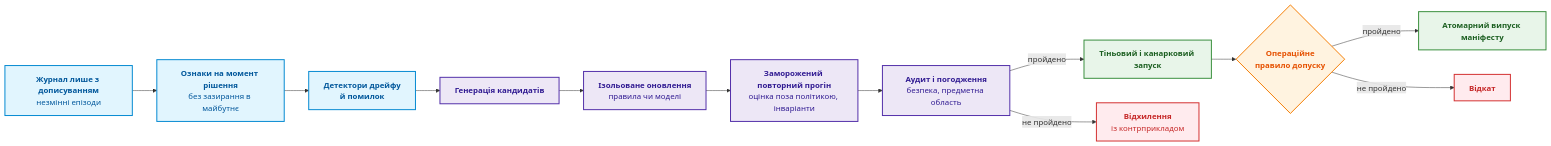
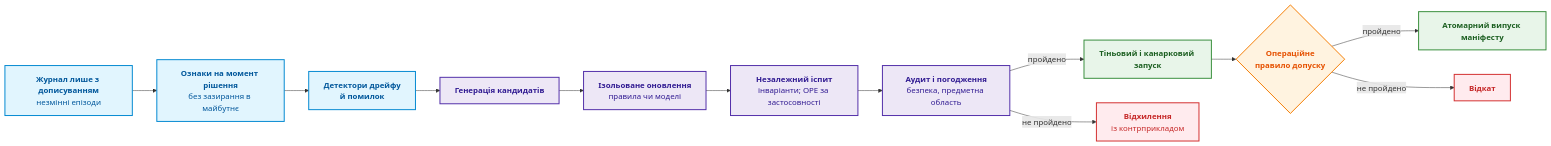
Before and after one commit to nick-fedchik/articles: the seventh of 7 diagrams in ExpertSystem/ch26-continual-learning.md, drawn with Mermaid. The commit also changed other lines of this file and 7 other files, not shown here.

````diff
--- a/ExpertSystem/ch26-continual-learning.md
+++ b/ExpertSystem/ch26-continual-learning.md
@@ -812,29 +961,29 @@
 ```mermaid
 flowchart LR
     accTitle: Конвеєр випуску оновлень бази правил
     accDescr: Незмінний журнал дає ознаки на момент рішення, детектори дрейфу й помилок запускають генерацію кандидатів, кандидатів оновлюють ізольовано, перевіряють на замороженому наборі, погоджують, запускають у тіньовому режимі й випускають атомарно або відкочують.
 
     LED["<b>Журнал лише з дописуванням</b><br/>незмінні епізоди"] --> FEAT["<b>Ознаки на момент рішення</b><br/>без зазирання в майбутнє"]
     FEAT --> DET["<b>Детектори дрейфу<br/>й помилок</b>"]
     DET --> GEN["<b>Генерація кандидатів</b>"]
     GEN --> ISO["<b>Ізольоване оновлення</b><br/>правила чи моделі"]
-    ISO --> EVAL["<b>Заморожений повторний прогін</b><br/>оцінка поза політикою, інваріанти"]
+    ISO --> EVAL["<b>Незалежний іспит</b><br/>інваріанти; OPE за застосовності"]
     EVAL --> REV["<b>Аудит і погодження</b><br/>безпека, предметна область"]
     REV -->|"пройдено"| SH["<b>Тіньовий і канарковий запуск</b>"]
     REV -->|"не пройдено"| REJ["<b>Відхилення</b><br/>із контрприкладом"]
     SH --> GATE{"<b>Операційне<br/>правило допуску</b>"}
     GATE -->|"пройдено"| REL["<b>Атомарний випуск маніфесту</b>"]
     GATE -->|"не пройдено"| RB["<b>Відкат</b>"]
 
     classDef inp fill:#e1f5fe,stroke:#0288d1,stroke-width:2px,color:#01579b;
     classDef proc fill:#ede7f6,stroke:#512da8,stroke-width:2px,color:#311b92;
     classDef gate fill:#fff3e0,stroke:#f57c00,stroke-width:2px,color:#e65100;
     classDef ok fill:#e8f5e9,stroke:#388e3c,stroke-width:2px,color:#1b5e20;
     classDef fail fill:#ffebee,stroke:#d32f2f,stroke-width:2px,color:#c62828;
 
     class LED,FEAT,DET inp;
     class GEN,ISO,EVAL,REV proc;
     class GATE gate;
     class SH,REL ok;
     class REJ,RB fail;
 ```
````
